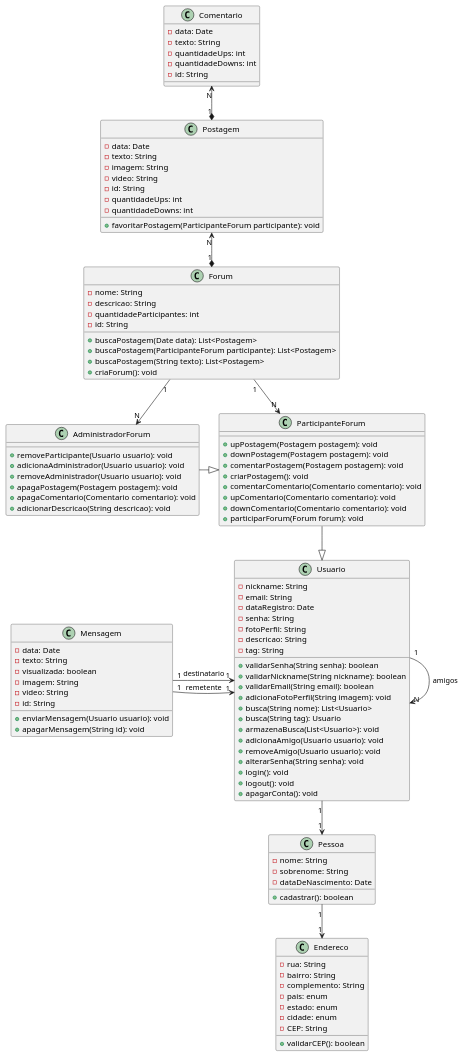
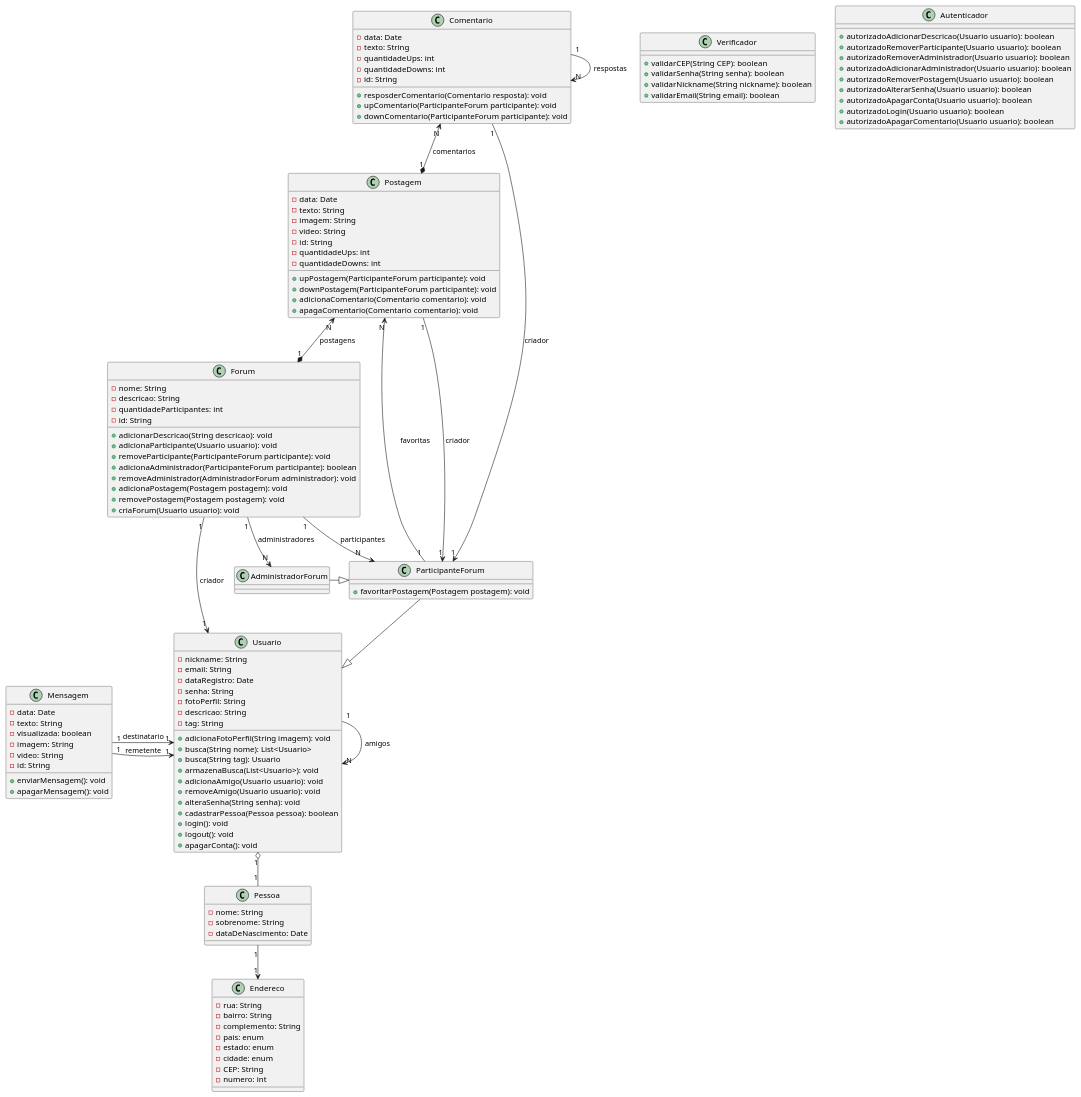
The diagram in diagrama.puml (nogueiralegacy/plantuml), drawn with PlantUML before and after one commit.

Commit message:
Melhorias na coesão das classes

```diff
--- a/diagrama.puml
+++ b/diagrama.puml
@@ -1,120 +1,134 @@
 @startuml diagrama
 
 class Endereco {
 -rua: String
 -bairro: String
 -complemento: String
 -pais: enum
 -estado: enum
 -cidade: enum
 -CEP: String
-+validarCEP(): boolean
+-numero: int
 }
 
 class Pessoa {
 -nome: String
 -sobrenome: String
 -dataDeNascimento: Date
-+cadastrar(): boolean
 }
 
 class Usuario {
 -nickname: String
 -email: String
 -dataRegistro: Date
 -senha: String
 -fotoPerfil: String
 -descricao: String
 -tag: String
-+validarSenha(String senha): boolean
-+validarNickname(String nickname): boolean
-+validarEmail(String email): boolean
 +adicionaFotoPerfil(String imagem): void
 +busca(String nome): List<Usuario>
 +busca(String tag): Usuario
 +armazenaBusca(List<Usuario>): void
 +adicionaAmigo(Usuario usuario): void
 +removeAmigo(Usuario usuario): void
-+alterarSenha(String senha): void
++alteraSenha(String senha): void
++cadastrarPessoa(Pessoa pessoa): boolean
 +login(): void
 +logout(): void
 +apagarConta(): void
 }
-
 
 class Mensagem {
 -data: Date
 -texto: String
 -visualizada: boolean
 -imagem: String
 -video: String
 -id: String
-+enviarMensagem(Usuario usuario): void
-+apagarMensagem(String id): void
++enviarMensagem(): void
++apagarMensagem(): void
+}
+
+class Forum {
+-nome: String
+-descricao: String
+-quantidadeParticipantes: int
+-id: String
++adicionarDescricao(String descricao): void
++adicionaParticipante(Usuario usuario): void
++removeParticipante(ParticipanteForum participante): void
++adicionaAdministrador(ParticipanteForum participante): boolean
++removeAdministrador(AdministradorForum administrador): void
++adicionaPostagem(Postagem postagem): void
++removePostagem(Postagem postagem): void
++criaForum(Usuario usuario): void
+}
+
+class Verificador {
++validarCEP(String CEP): boolean
++validarSenha(String senha): boolean
++validarNickname(String nickname): boolean
++validarEmail(String email): boolean
+}
+
+class Autenticador {
++autorizadoAdicionarDescricao(Usuario usuario): boolean
++autorizadoRemoverParticipante(Usuario usuario): boolean
++autorizadoRemoverAdministrador(Usuario usuario): boolean
++autorizadoAdicionarAdministrador(Usuario usuario): boolean
++autorizadoRemoverPostagem(Usuario usuario): boolean
++autorizadoAlterarSenha(Usuario usuario): boolean
++autorizadoApagarConta(Usuario usuario): boolean
++autorizadoLogin(Usuario usuario): boolean
++autorizadoApagarComentario(Usuario usuario): boolean
 }
 
 class AdministradorForum {
-+removeParticipante(Usuario usuario): void
-+adicionaAdministrador(Usuario usuario): void
-+removeAdministrador(Usuario usuario): void
-+apagaPostagem(Postagem postagem): void
-+apagaComentario(Comentario comentario): void
-+adicionarDescricao(String descricao): void
 }
 
-
-
 class ParticipanteForum {
-+upPostagem(Postagem postagem): void
-+downPostagem(Postagem postagem): void
-+comentarPostagem(Postagem postagem): void
-+criarPostagem(): void
-+comentarComentario(Comentario comentario): void
-+upComentario(Comentario comentario): void
-+downComentario(Comentario comentario): void
-+participarForum(Forum forum): void
++favoritarPostagem(Postagem postagem): void
 }
 
 class Comentario {
 -data: Date
 -texto: String
 -quantidadeUps: int
 -quantidadeDowns: int
 -id: String
-}
-
-class Forum {
--nome: String
--descricao: String
--quantidadeParticipantes: int
--id: String
-+buscaPostagem(Date data): List<Postagem>
-+buscaPostagem(ParticipanteForum participante): List<Postagem>
-+buscaPostagem(String texto): List<Postagem>
-+criaForum(): void
++resposderComentario(Comentario resposta): void
++upComentario(ParticipanteForum participante): void
++downComentario(ParticipanteForum participante): void
 }
 
 class Postagem {
 -data: Date
 -texto: String
 -imagem: String
 -video: String
 -id: String
 -quantidadeUps: int
 -quantidadeDowns: int
-+favoritarPostagem(ParticipanteForum participante): void
++upPostagem(ParticipanteForum participante): void
++downPostagem(ParticipanteForum participante): void
++adicionaComentario(Comentario comentario): void
++apagaComentario(Comentario comentario): void
 }  
 
-
-Postagem "1" *-up-> "N" Comentario
-Forum "1" -down-> "N" ParticipanteForum
-Forum "1" -down-> "N" AdministradorForum
-Forum "1" *-up-> "N" Postagem
+Forum "1" --> "1" Usuario : criador
+Comentario "1" --> "1" ParticipanteForum : criador
+Postagem "1" --> "1" ParticipanteForum : criador
+ParticipanteForum "1" --> "N" Postagem : favoritas
+Postagem "1" *-up-> "N" Comentario : comentarios
+Comentario "1" -right-> "N" Comentario : respostas
+Forum "1" -down-> "N" ParticipanteForum : participantes
+Forum "1" -down-> "N" AdministradorForum : administradores
+Forum "1" *-up-> "N" Postagem : postagens
 ParticipanteForum --|> Usuario
 AdministradorForum -right-|> ParticipanteForum
 Usuario "1" --> "N" Usuario : amigos
-Usuario "1" -down-> "1" Pessoa
+Usuario "1" o-down- "1" Pessoa
 Pessoa "1" -down-> "1" Endereco
 Mensagem "1" -right-> "1" Usuario : remetente
 Mensagem "1" -right-> "1" Usuario : destinatario
 @enduml
```
